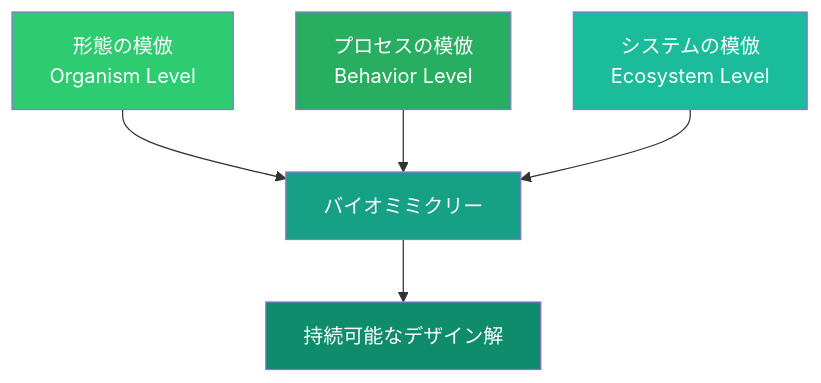
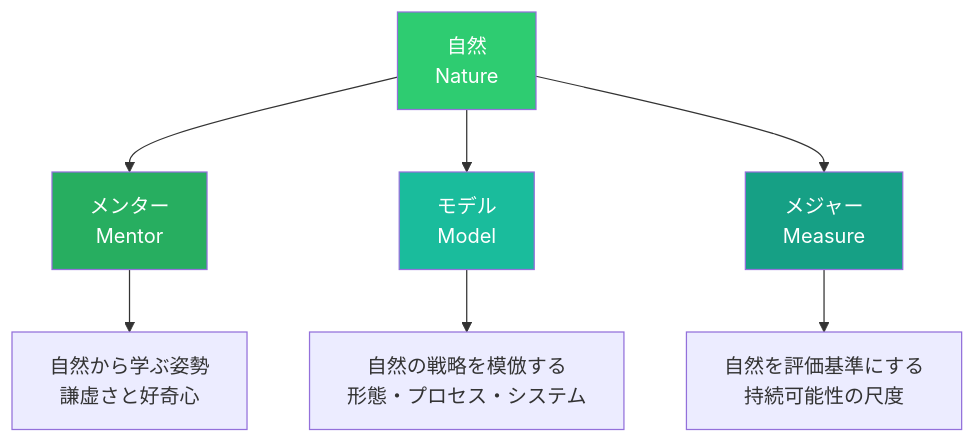
The first of 3 diagrams in docs/books/06-sustainable-design/ch03-bio-design.md (Hide-nu/Designer-curriculum), drawn with Mermaid before and after one commit. The commit also changed other lines of this file and 13 other files, not shown here.

````diff
--- a/docs/books/06-sustainable-design/ch03-bio-design.md
+++ b/docs/books/06-sustainable-design/ch03-bio-design.md
@@ -21,14 +19,14 @@
 ```mermaid
 graph TD
-    A[形態の模倣<br/>Organism Level] --> D[バイオミミクリー]
-    B[プロセスの模倣<br/>Behavior Level] --> D
-    C[システムの模倣<br/>Ecosystem Level] --> D
-
-    D --> E[持続可能なデザイン解]
+    A[自然<br/>Nature] --> B[メンター<br/>Mentor]
+    A --> C[モデル<br/>Model]
+    A --> D[メジャー<br/>Measure]
+    B --> E[自然から学ぶ姿勢<br/>謙虚さと好奇心]
+    C --> F[自然の戦略を模倣する<br/>形態・プロセス・システム]
+    D --> G[自然を評価基準にする<br/>持続可能性の尺度]
 
     style A fill:#2ECC71,color:#fff
     style B fill:#27AE60,color:#fff
     style C fill:#1ABC9C,color:#fff
     style D fill:#16A085,color:#fff
-    style E fill:#0E8C6B,color:#fff
 ```
````
